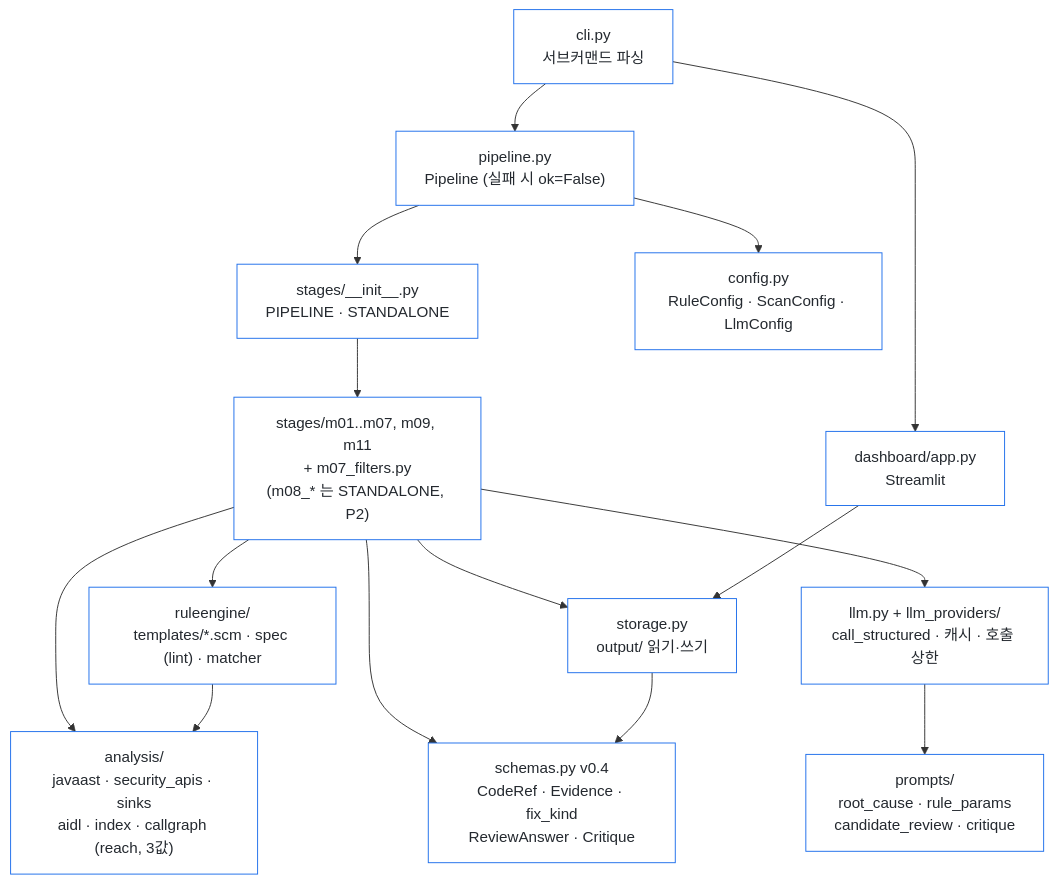
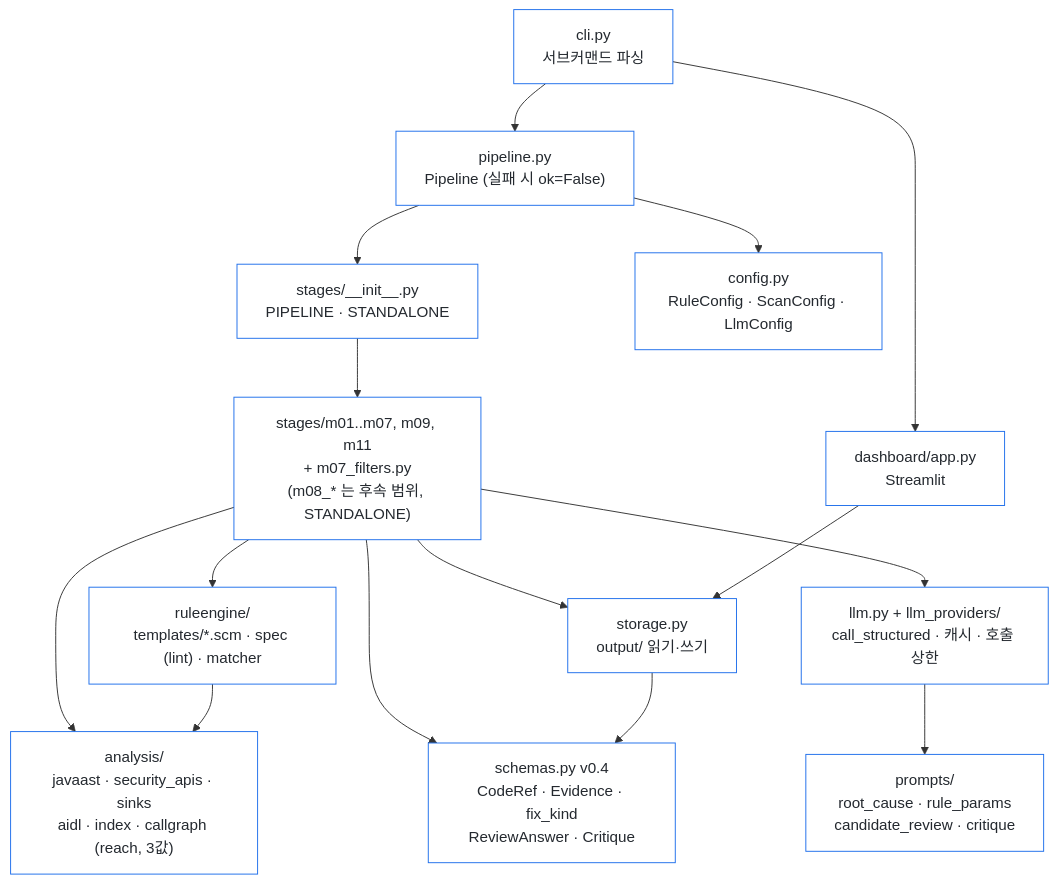
The fourth of 9 diagrams in docs/architecture.md (meonjalgwi/aosp-1day-pipeline), drawn with Mermaid before and after one commit. The commit also changed other lines of this file and 10 other files, not shown here.

````diff
--- a/docs/architecture.md
+++ b/docs/architecture.md
@@ -153,20 +153,20 @@
 ```mermaid
 flowchart TB
     cli["cli.py<br/>서브커맨드 파싱"] --> pipe["pipeline.py<br/>Pipeline (실패 시 ok=False)"]
     cli --> dash["dashboard/app.py<br/>Streamlit"]
     pipe --> reg["stages/__init__.py<br/>PIPELINE · STANDALONE"]
-    reg --> stages["stages/m01..m07, m09, m11<br/>+ m07_filters.py<br/>(m08_* 는 STANDALONE, P2)"]
+    reg --> stages["stages/m01..m07, m09, m11<br/>+ m07_filters.py<br/>(m08_* 는 후속 범위, STANDALONE)"]
     stages --> analysis["analysis/<br/>javaast · security_apis · sinks<br/>aidl · index · callgraph (reach, 3값)"]
     stages --> engine["ruleengine/<br/>templates/*.scm · spec (lint) · matcher"]
     engine --> analysis
     stages --> schemas["schemas.py v0.4<br/>CodeRef · Evidence · fix_kind<br/>ReviewAnswer · Critique"]
     stages --> storage["storage.py<br/>output/ 읽기·쓰기"]
     stages --> llm["llm.py + llm_providers/<br/>call_structured · 캐시 · 호출 상한"]
     llm --> prompts["prompts/<br/>root_cause · rule_params<br/>candidate_review · critique"]
     storage --> schemas
     pipe --> cfg["config.py<br/>RuleConfig · ScanConfig · LlmConfig"]
     dash --> storage
 
     classDef f fill:#ffffff,stroke:#1f6feb,color:#24292f;
     class cli,pipe,dash,reg,stages,analysis,engine,schemas,storage,cfg,llm,prompts f;
 ```
````
